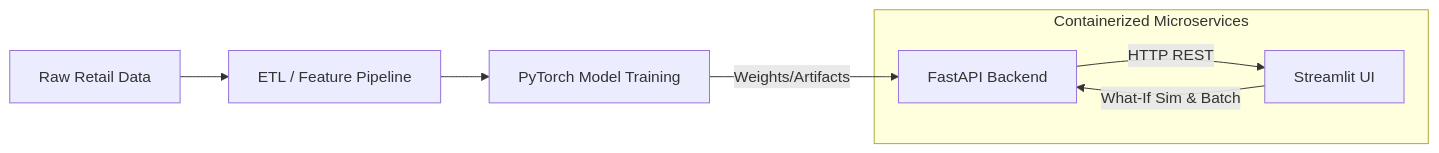
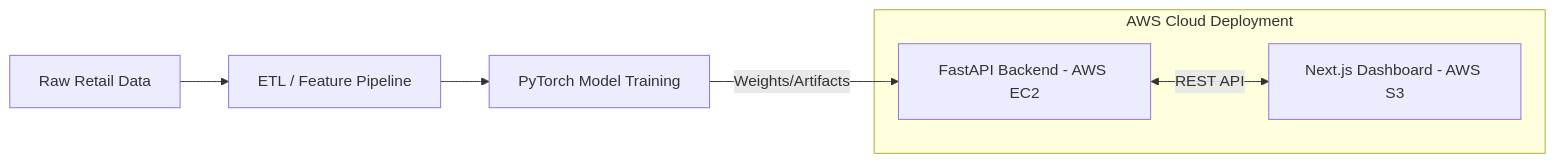
Before and after one commit to nithin-kumar-04/Deep-Learning-Microservices-for-E-Commerce-Customer-Analytics-Multi-Task-CLV-and-Churn-Prediction-w: the diagram in README.md, drawn with Mermaid. The commit also changed other lines of this file and 14 other files, not shown here.

Commit message:
Finalizing E-Commerce project: Next.js UI enhancements, API optimization, Notebook conclusions, and file cleanup

````diff
--- a/README.md
+++ b/README.md
@@ -7,11 +7,10 @@
 ```mermaid
 graph LR
     A[Raw Retail Data] --> B[ETL / Feature Pipeline]
     B --> C[PyTorch Model Training]
-    C -->|Weights/Artifacts| D[FastAPI Backend]
+    C -->|Weights/Artifacts| D[FastAPI Backend - AWS EC2]
     
-    subgraph Containerized Microservices
-        D -->|HTTP REST| E[Streamlit UI]
-        E -->|What-If Sim & Batch| D
+    subgraph AWS Cloud Deployment
+        D <-->|REST API| E[Next.js Dashboard - AWS S3]
     end
 ```
````
